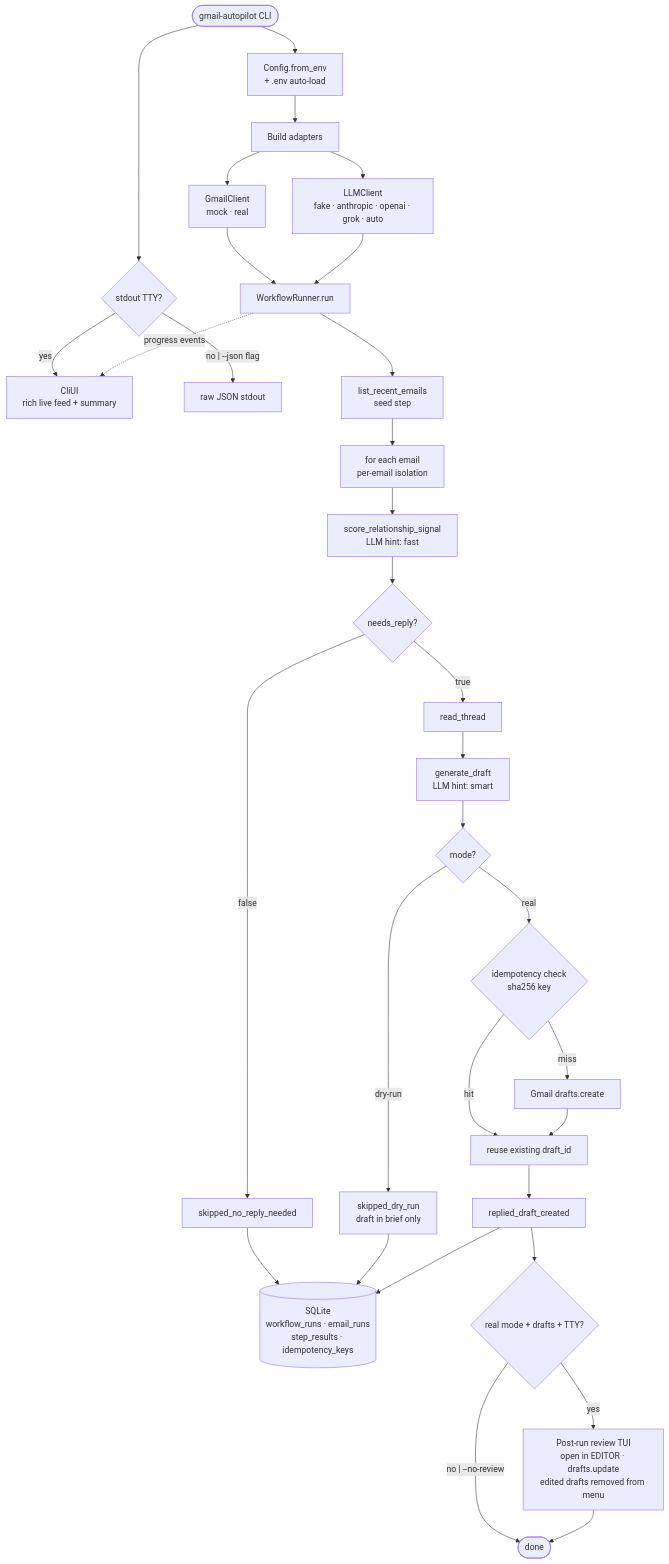
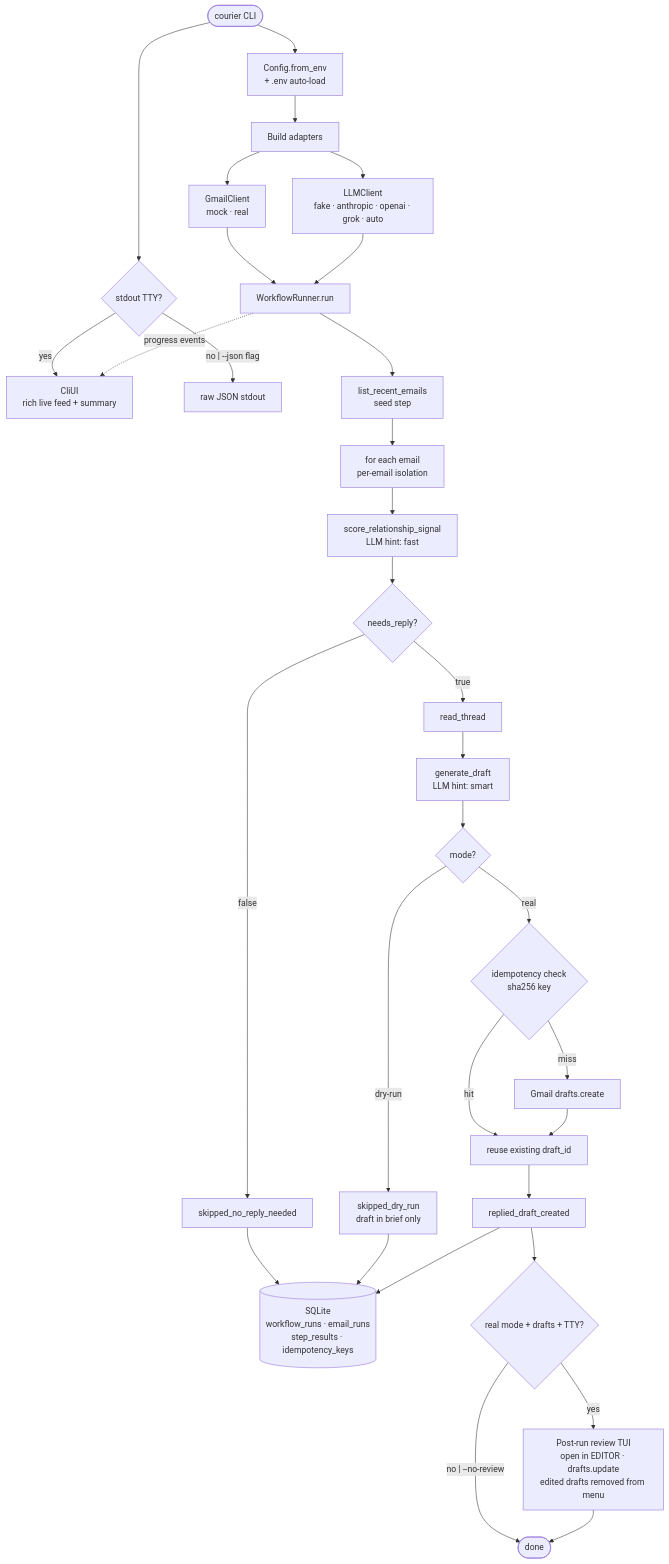
The diagram in README.md (Aditya-PS-05/gmail-autopilot), drawn with Mermaid before and after one commit. The commit also changed other lines of this file and 51 other files, not shown here.

Commit message:
refactor: rename package from gmail_autopilot to courier

````diff
--- a/README.md
+++ b/README.md
@@ -93,42 +93,42 @@
 ```mermaid
 flowchart TD
-    A([gmail-autopilot CLI]) --> B{stdout TTY?}
+    A([courier CLI]) --> B{stdout TTY?}
     B -- yes --> C[CliUI\nrich live feed + summary]
     B -- "no  |  --json flag" --> D[raw JSON stdout]
 
     A --> E[Config.from_env\n+ .env auto-load]
     E --> F[Build adapters]
     F --> G[GmailClient\nmock · real]
     F --> H[LLMClient\nfake · anthropic · openai · grok · auto]
 
     G & H --> I[WorkflowRunner.run]
     I -. progress events .-> C
 
     I --> J[list_recent_emails\nseed step]
     J --> K[for each email\nper-email isolation]
 
     K --> L[score_relationship_signal\nLLM hint: fast]
     L --> M{needs_reply?}
 
     M -- false --> N[skipped_no_reply_needed]
 
     M -- true --> O[read_thread]
     O --> P[generate_draft\nLLM hint: smart]
     P --> Q{mode?}
 
     Q -- dry-run --> R[skipped_dry_run\ndraft in brief only]
 
     Q -- real --> S{idempotency check\nsha256 key}
     S -- hit --> T[reuse existing draft_id]
     S -- miss --> U[Gmail drafts.create]
     U --> T
 
     T --> V[replied_draft_created]
 
     N & R & V --> W[(SQLite\nworkflow_runs · email_runs\nstep_results · idempotency_keys)]
 
     V --> X{real mode + drafts + TTY?}
     X -- yes --> Y[Post-run review TUI\nopen in EDITOR · drafts.update\nedited drafts removed from menu]
     X -- "no  |  --no-review" --> Z([done])
     Y --> Z
 ```
````
